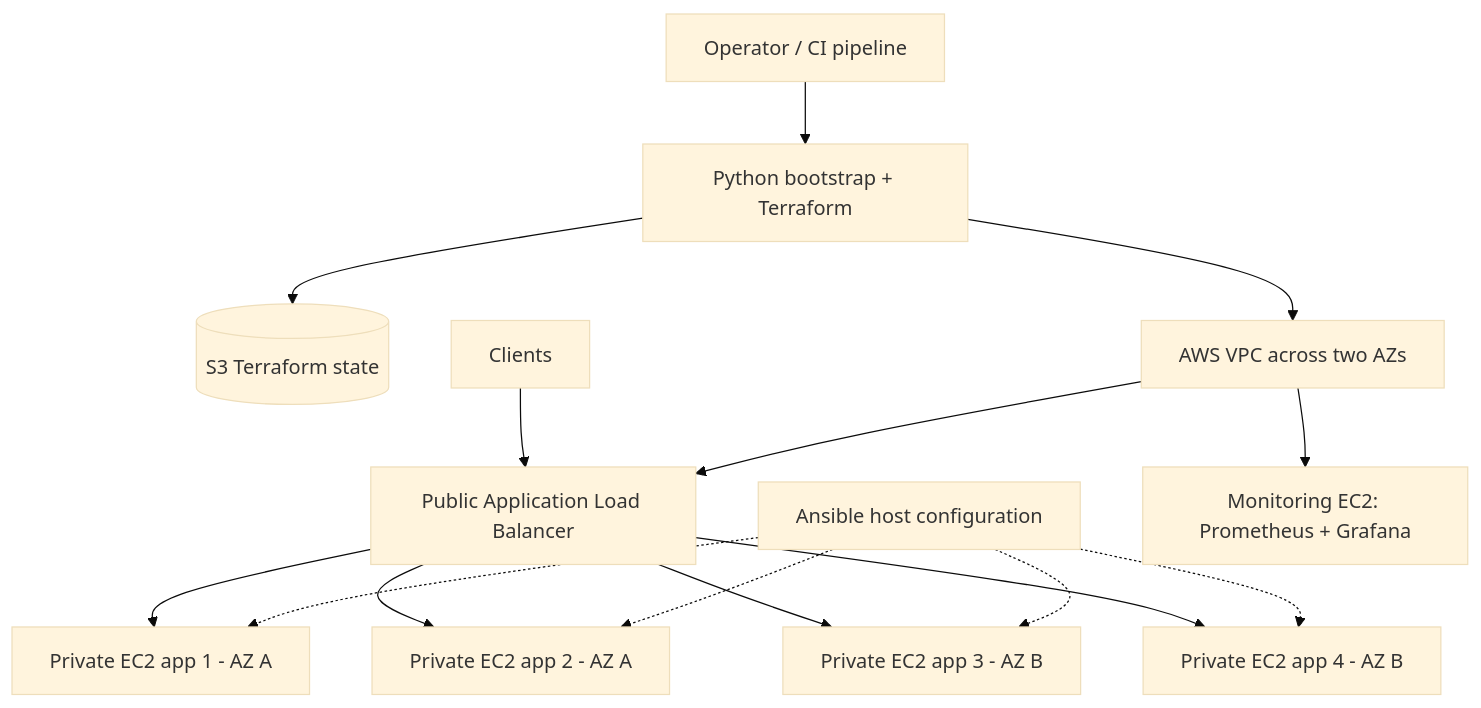
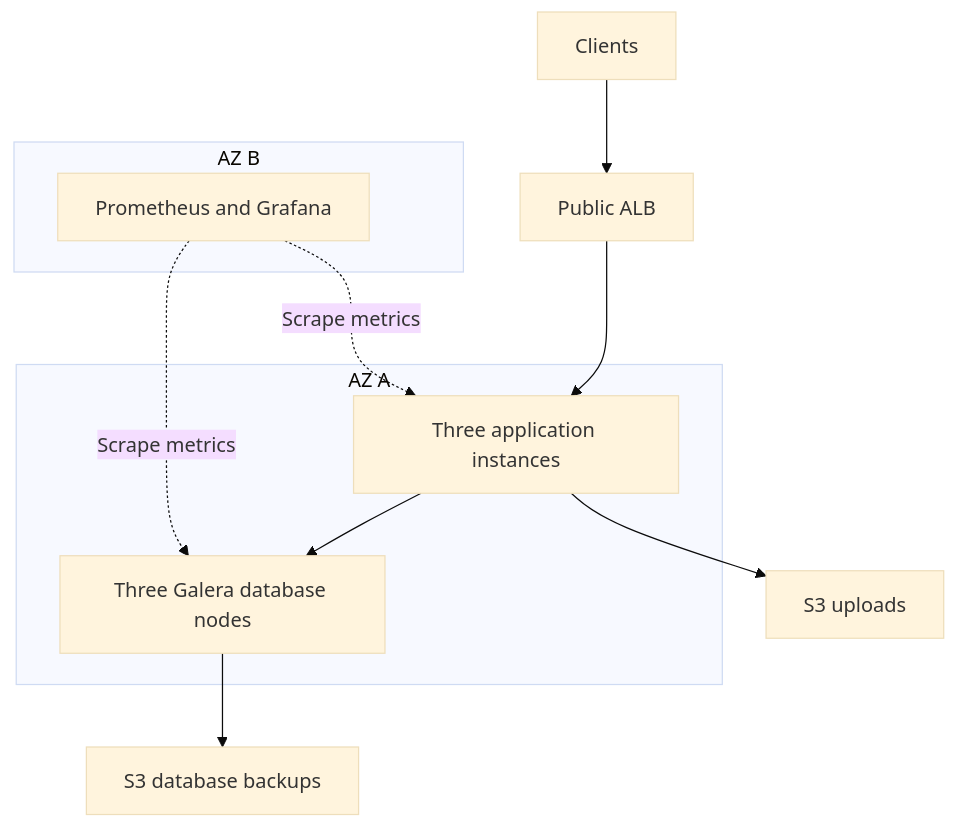
Before and after one commit to StasX/RollingDeployment: the diagram in README.md, drawn with Mermaid (base theme). The commit also changed other lines of this file, not shown here.

````diff
--- a/README.md
+++ b/README.md
@@ -20,17 +20,15 @@
 ```mermaid
 flowchart TD
-    Operator[Operator / CI pipeline] --> Bootstrap[Python bootstrap + Terraform]
-    Bootstrap --> State[(S3 Terraform state)]
-    Bootstrap --> VPC[AWS VPC across two AZs]
-    Internet[Clients] --> ALB[Public Application Load Balancer]
-    VPC --> ALB
-    ALB --> A1[Private EC2 app 1 - AZ A]
-    ALB --> A2[Private EC2 app 2 - AZ A]
-    ALB --> B1[Private EC2 app 3 - AZ B]
-    ALB --> B2[Private EC2 app 4 - AZ B]
-    Ansible[Ansible host configuration] -.-> A1
-    Ansible -.-> A2
-    Ansible -.-> B1
-    Ansible -.-> B2
-    VPC --> Monitoring[Monitoring EC2: Prometheus + Grafana]
+    Clients[Clients] --> ALB[Public ALB]
+    subgraph A[AZ A]
+        Apps[Three application instances] --> DB[Three Galera database nodes]
+    end
+    subgraph B[AZ B]
+        Monitor[Prometheus and Grafana]
+    end
+    ALB --> Apps
+    Monitor -. Scrape metrics .-> Apps
+    Monitor -. Scrape metrics .-> DB
+    Apps --> Uploads[S3 uploads]
+    DB --> Backups[S3 database backups]
 ```
````
